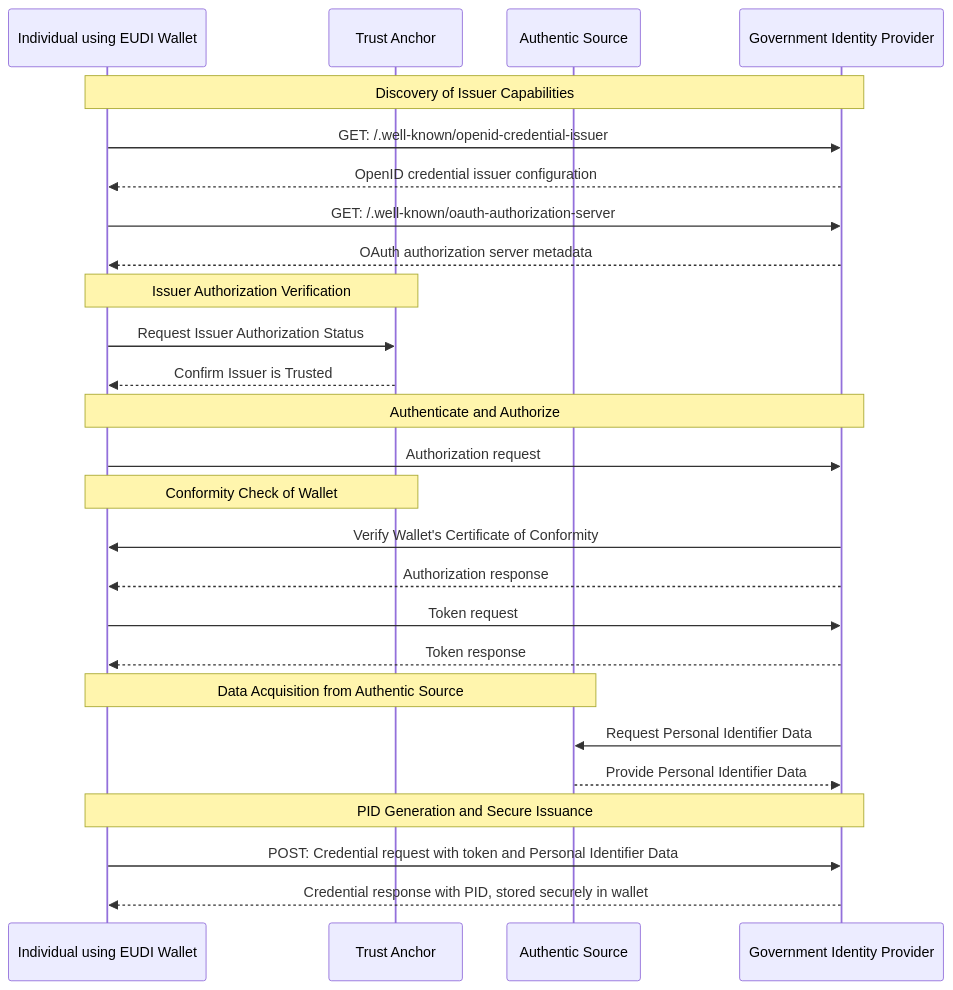
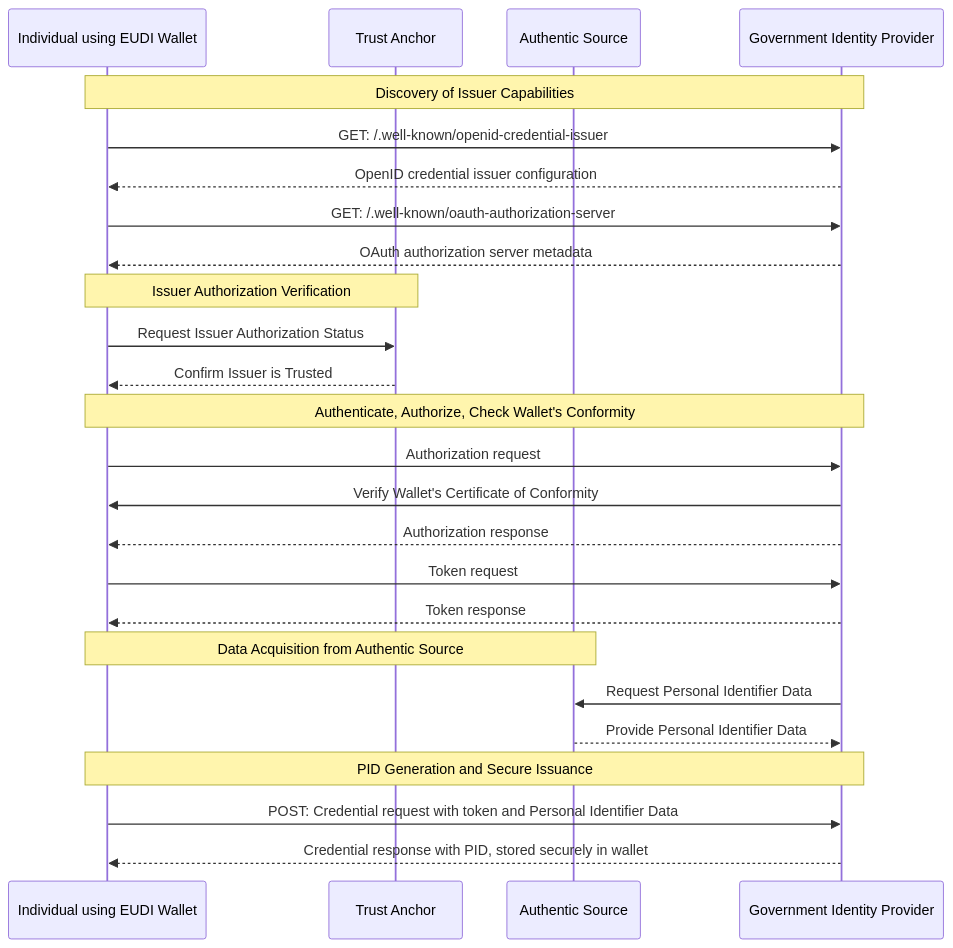
The diagram in ewc-rfc003-issue-PID.md (matteo-ms/eudi-wallet-rfcs), drawn with Mermaid before and after one commit.

````diff
--- a/ewc-rfc003-issue-PID.md
+++ b/ewc-rfc003-issue-PID.md
@@ -62,37 +62,34 @@
 ```mermaid
   sequenceDiagram
     participant I as Individual using EUDI Wallet
     participant TA as Trust Anchor
     participant AS as Authentic Source
     participant O as Government Identity Provider
     
     Note over I,O: Discovery of Issuer Capabilities 
     I->>O: GET: /.well-known/openid-credential-issuer
     O-->>I: OpenID credential issuer configuration
     I->>O: GET: /.well-known/oauth-authorization-server
     O-->>I: OAuth authorization server metadata
         
     Note over I,TA: Issuer Authorization Verification
     I->>TA: Request Issuer Authorization Status
     TA-->>I: Confirm Issuer is Trusted
     
-    Note over I,O: Authenticate and Authorize
+    Note over I,O: Authenticate, Authorize, Check Wallet's Conformity
     I->>O: Authorization request
-    
-    Note over I,TA: Conformity Check of Wallet
     O->>I: Verify Wallet's Certificate of Conformity
-
     O-->>I: Authorization response 
     I->>O: Token request
     O-->>I: Token response
     
         Note over I,AS: Data Acquisition from Authentic Source
     O->>AS: Request Personal Identifier Data
     AS-->>O: Provide Personal Identifier Data
 
     
     Note over I,O: PID Generation and Secure Issuance
     I->>O: POST: Credential request with token and Personal Identifier Data
     O-->>I: Credential response with PID, stored securely in wallet
 
 ```
````
